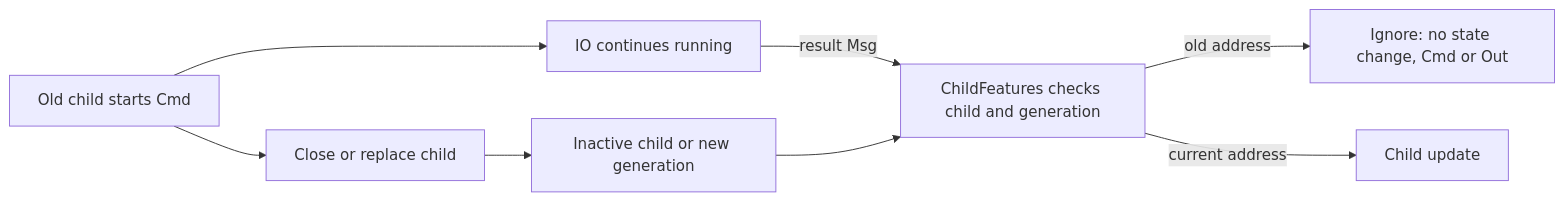
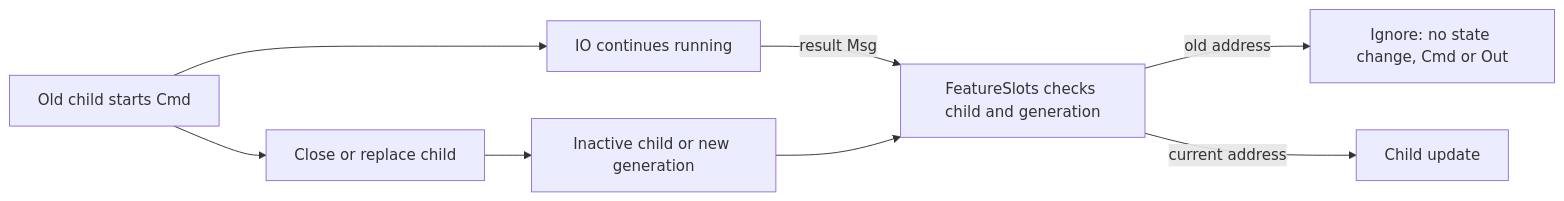
The second of 2 diagrams in README.md (marubinotto/scalafui), drawn with Mermaid before and after one commit. The commit also changed other lines of this file and 9 other files, not shown here.

Commit message:
Rename ChildFeatures to FeatureSlots and child registrations to slots

````diff
--- a/README.md
+++ b/README.md
@@ -861,10 +862,10 @@
 ```mermaid
 flowchart LR
   old["Old child starts Cmd"] --> work["IO continues running"]
   old --> replace["Close or replace child"]
   replace --> current["Inactive child or new generation"]
-  work -- "result Msg" --> check["ChildFeatures checks child and generation"]
+  work -- "result Msg" --> check["FeatureSlots checks child and generation"]
   current --> check
   check -- "old address" --> discard["Ignore: no state change, Cmd or Out"]
   check -- "current address" --> update["Child update"]
 ```
````
